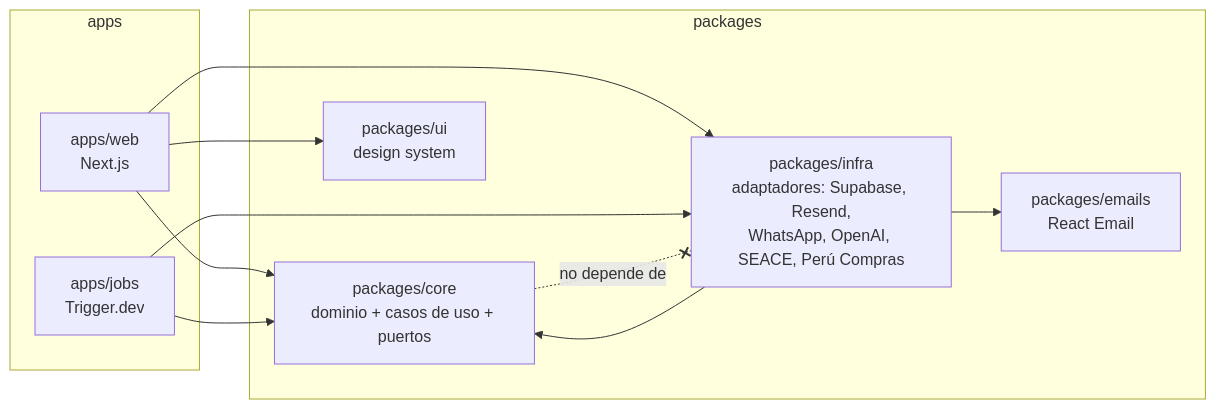
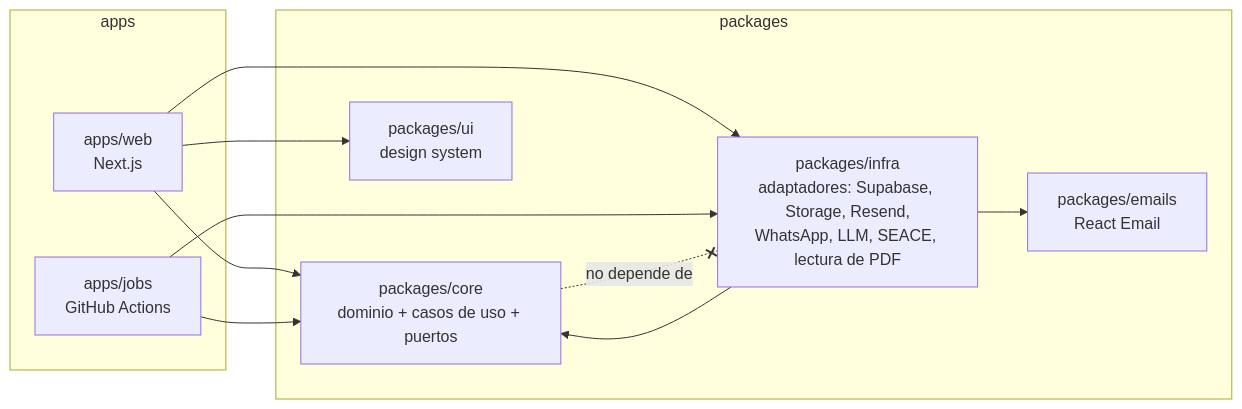
The first of 3 diagrams in docs/ARCHITECTURE.md (FrancoArriaran/licitaciones-app), drawn with Mermaid before and after one commit. The commit also changed other lines of this file and 70 other files, not shown here.

````diff
--- a/docs/ARCHITECTURE.md
+++ b/docs/ARCHITECTURE.md
@@ -82,21 +86,21 @@
 ```mermaid
 flowchart LR
   subgraph apps
     WEB[apps/web<br/>Next.js]
-    JOBS[apps/jobs<br/>Trigger.dev]
+    JOBS[apps/jobs<br/>GitHub Actions]
   end
   subgraph packages
     CORE[packages/core<br/>dominio + casos de uso + puertos]
-    INFRA[packages/infra<br/>adaptadores: Supabase, Resend,<br/>WhatsApp, OpenAI, SEACE, Perú Compras]
+    INFRA[packages/infra<br/>adaptadores: Supabase, Storage, Resend,<br/>WhatsApp, LLM, SEACE, lectura de PDF]
     UI[packages/ui<br/>design system]
     EMAILS[packages/emails<br/>React Email]
   end
   WEB --> CORE
   JOBS --> CORE
   WEB --> UI
   WEB --> INFRA
   JOBS --> INFRA
   INFRA --> CORE
   INFRA --> EMAILS
   CORE -. no depende de .-x INFRA
 ```
````
